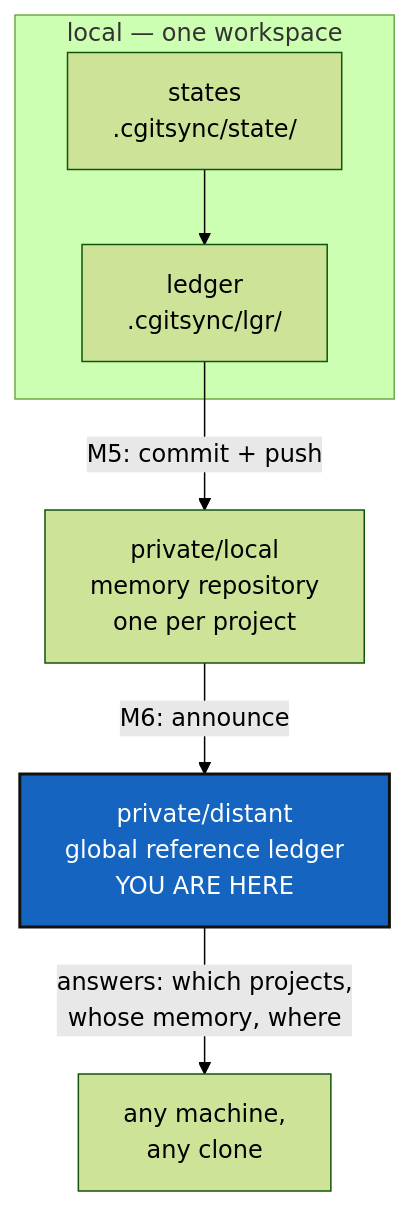
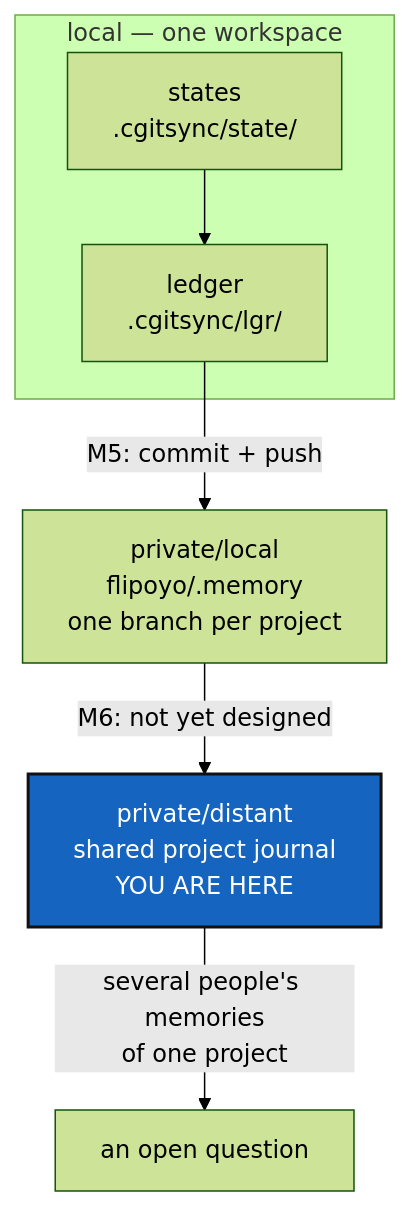
The diagram in DevTickets/openTickets/memory-dev_1-1_MemoryArchitecture_DevPlanTicket.md (flipoyo/.localSpec), drawn with Mermaid (forest theme) before and after one commit. The commit also changed other lines of this file and 5 other files, not shown here.

Commit message:
A project's memory is a branch of one shared .memory repository, like .localSpec already is. The distant half — several people's memories of one project in one journal — has no design yet and is parked until it does

````diff
--- a/DevTickets/openTickets/memory-dev_1-1_MemoryArchitecture_DevPlanTicket.md
+++ b/DevTickets/openTickets/memory-dev_1-1_MemoryArchitecture_DevPlanTicket.md
@@ -43,12 +43,12 @@
 ```mermaid
 graph TD
     subgraph L["local — one workspace"]
         GTS["states<br/>.cgitsync/state/"] --> LGR["ledger<br/>.cgitsync/lgr/"]
     end
-    LGR -->|"M5: commit + push"| MEM["private/local<br/>memory repository<br/>one per project"]
-    MEM -->|"M6: announce"| REF["private/distant<br/>global reference ledger<br/>YOU ARE HERE"]
-    REF -->|"answers: which projects,<br/>whose memory, where"| ANY["any machine,<br/>any clone"]
+    LGR -->|"M5: commit + push"| MEM["private/local<br/>flipoyo/.memory<br/>one branch per project"]
+    MEM -->|"M6: not yet designed"| REF["private/distant<br/>shared project journal<br/>YOU ARE HERE"]
+    REF -->|"several people's memories<br/>of one project"| ANY["an open question"]
 
     classDef here fill:#1565C0,color:#fff,stroke:#111,stroke-width:2px;
     class REF here;
 ```
````
